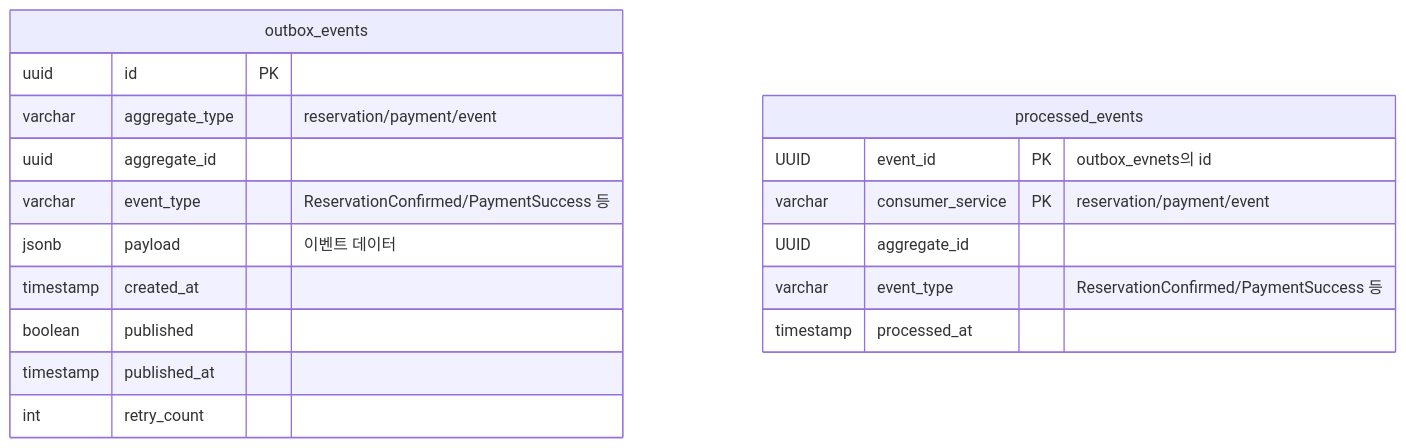
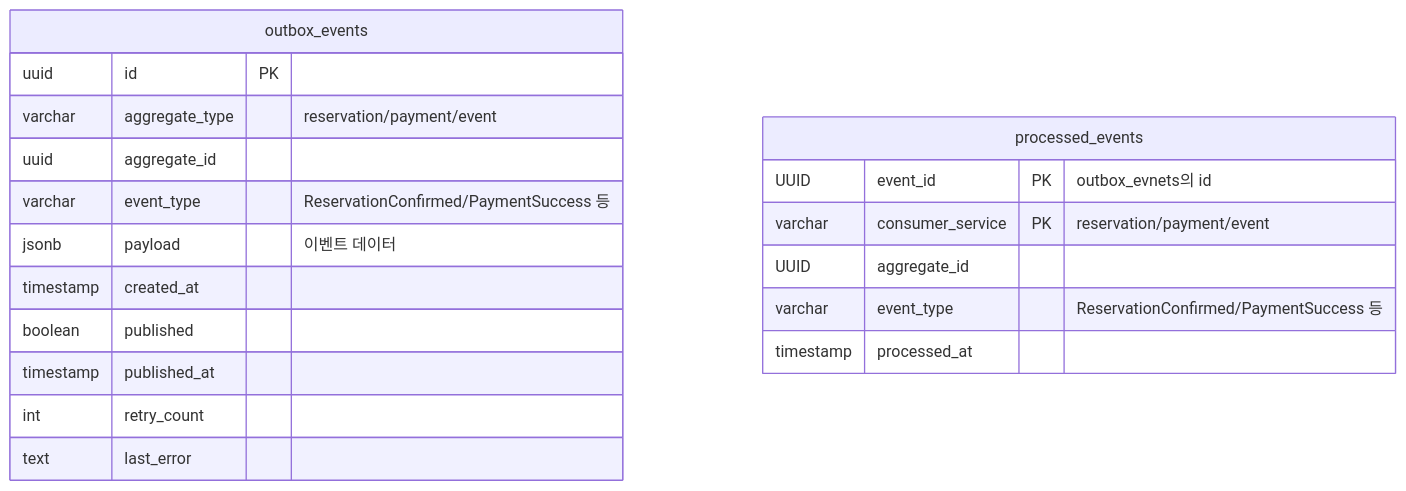
The fifth of 5 diagrams in docs/architecture/04_data.md (paircoders/ticket-queue), drawn with Mermaid before and after one commit. The commit also changed other lines of this file and 5 other files, not shown here.

````diff
--- a/docs/architecture/04_data.md
+++ b/docs/architecture/04_data.md
@@ -923,22 +923,23 @@
 ```mermaid
 erDiagram
     outbox_events {
         uuid id PK
         varchar aggregate_type "reservation/payment/event"
         uuid aggregate_id
         varchar event_type "ReservationConfirmed/PaymentSuccess 등"
         jsonb payload "이벤트 데이터"
         timestamp created_at
         boolean published
         timestamp published_at
         int retry_count
+        text last_error
     }
     
     processed_events {
         UUID event_id PK "outbox_evnets의 id"
         varchar consumer_service PK "reservation/payment/event"
         UUID aggregate_id
         varchar event_type "ReservationConfirmed/PaymentSuccess 등"
         timestamp processed_at
     }
 ```
````
